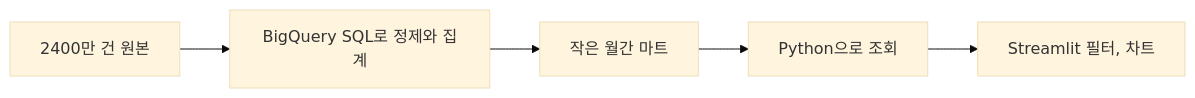
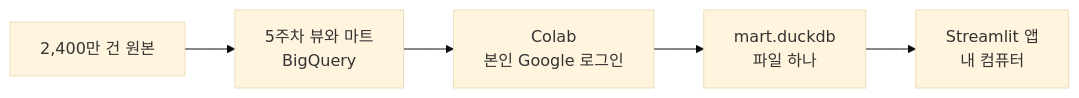
The diagram in docs/week6/lecture.md (Eunjung-Cho/bdai13-bigquery), drawn with Mermaid (base theme) before and after one commit. The commit also changed other lines of this file and 21 other files, not shown here.

````diff
--- a/docs/week6/lecture.md
+++ b/docs/week6/lecture.md
@@ -26,7 +44,7 @@
 ```mermaid
 flowchart LR
-    R[2400만 건 원본] --> Q[BigQuery SQL로 정제와 집계]
-    Q --> M[작은 월간 마트]
-    M --> P[Python으로 조회]
-    P --> S[Streamlit 필터, 차트]
+    R["2,400만 건 원본"] --> M["5주차 뷰와 마트<br/>BigQuery"]
+    M --> C["Colab<br/>본인 Google 로그인"]
+    C --> D["mart.duckdb<br/>파일 하나"]
+    D --> S["Streamlit 앱<br/>내 컴퓨터"]
 ```
````
